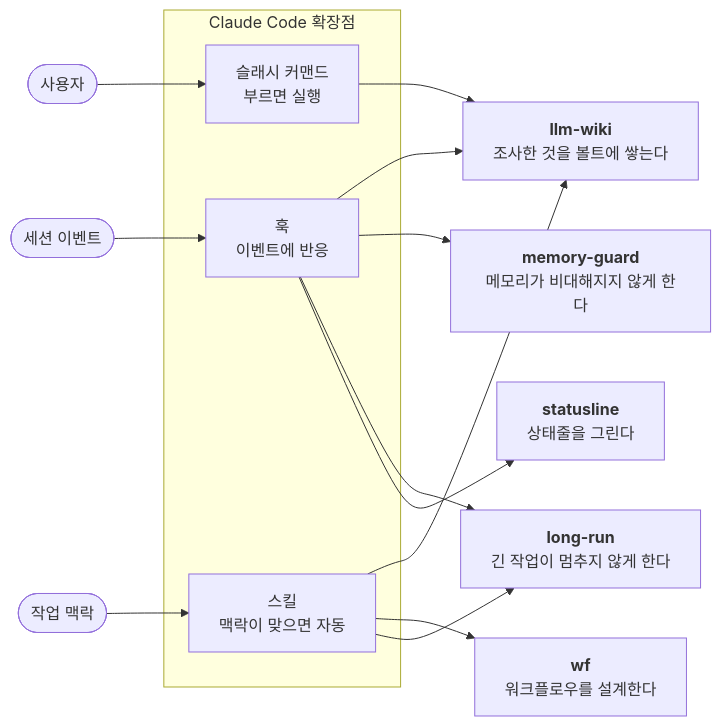
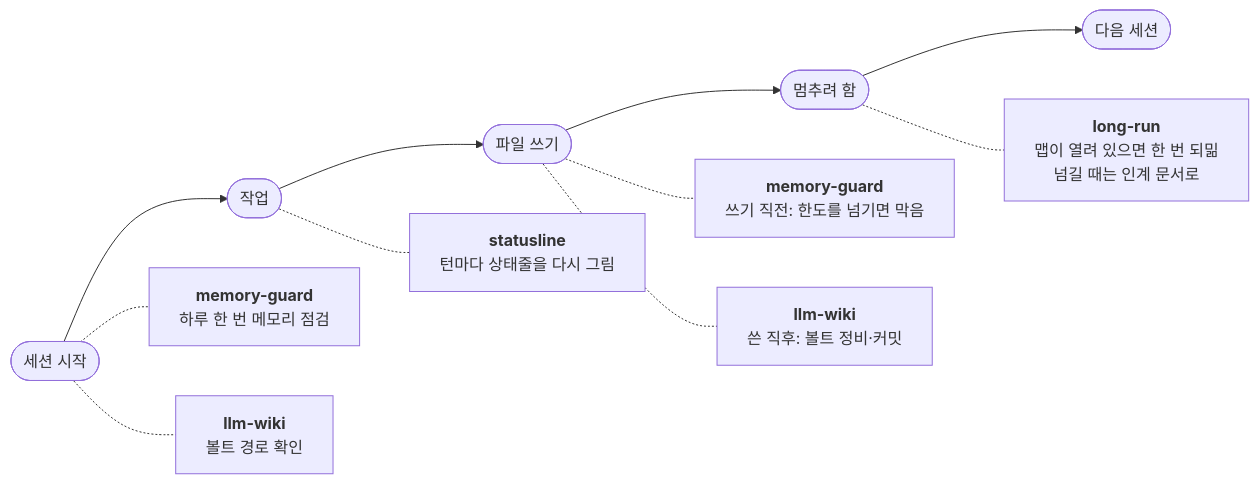
One commit to aydenden/cc-plugins changed the diagram in README.md. Above: the diagram before and after it, drawn with Mermaid. The commit also changed other lines of this file and 1 other file, not shown here.

````diff
--- a/README.md
+++ b/README.md
@@ -153,27 +51,11 @@
 ```mermaid
 flowchart LR
-  U(["사용자"]) --> CMD
-  E(["세션 이벤트"]) --> HK
-  X(["작업 맥락"]) --> SKL
+  S(["세션 시작"]) --> W(["작업"]) --> F(["파일 쓰기"]) --> P(["멈추려 함"]) --> N(["다음 세션"])
 
-  subgraph EXT["Claude Code 확장점"]
-    CMD["슬래시 커맨드<br/>부르면 실행"]
-    SKL["스킬<br/>맥락이 맞으면 자동"]
-    HK["훅<br/>이벤트에 반응"]
-  end
-
-  CMD --> LW
-  SKL --> LW
-  SKL --> WF
-  SKL --> LR
-  HK  --> LW
-  HK  --> MG
-  HK  --> LR
-  HK  --> ST
-
-  LW["<b>llm-wiki</b><br/>조사한 것을 볼트에 쌓는다"]
-  LR["<b>long-run</b><br/>긴 작업이 멈추지 않게 한다"]
-  MG["<b>memory-guard</b><br/>메모리가 비대해지지 않게 한다"]
-  ST["<b>statusline</b><br/>상태줄을 그린다"]
-  WF["<b>wf</b><br/>워크플로우를 설계한다"]
+  S -.- S1["<b>memory-guard</b><br/>하루 한 번 메모리 점검"]
+  S -.- S2["<b>llm-wiki</b><br/>볼트 경로 확인"]
+  W -.- W1["<b>statusline</b><br/>턴마다 상태줄을 다시 그림"]
+  F -.- F1["<b>memory-guard</b><br/>쓰기 직전: 한도를 넘기면 막음"]
+  F -.- F2["<b>llm-wiki</b><br/>쓴 직후: 볼트 정비·커밋"]
+  P -.- P1["<b>long-run</b><br/>맵이 열려 있으면 한 번 되밂<br/>넘길 때는 인계 문서로"]
 ```
````
